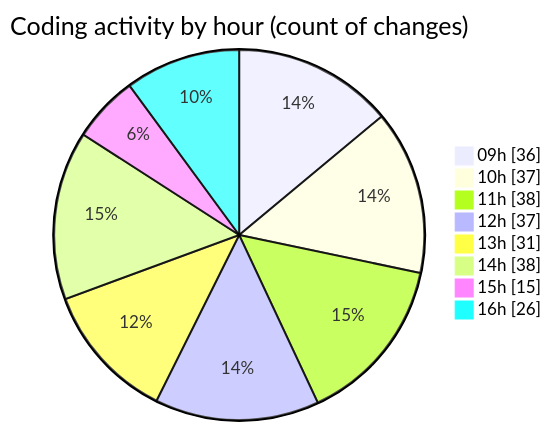
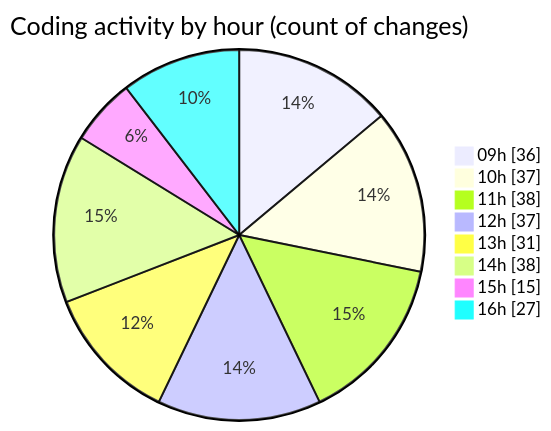
The second of 2 diagrams in 2026-04-16/cda/README.md (momahboobian/code-tracking), drawn with Mermaid before and after one commit. The commit also changed other lines of this file and 1 other file, not shown here.

````diff
--- a/2026-04-16/cda/README.md
+++ b/2026-04-16/cda/README.md
@@ -50,12 +50,12 @@
 ```mermaid
 pie showData
 title Coding activity by hour (count of changes)
 "09h" : 36
 "10h" : 37
 "11h" : 38
 "12h" : 37
 "13h" : 31
 "14h" : 38
 "15h" : 15
-"16h" : 26
+"16h" : 27
 ```
````
